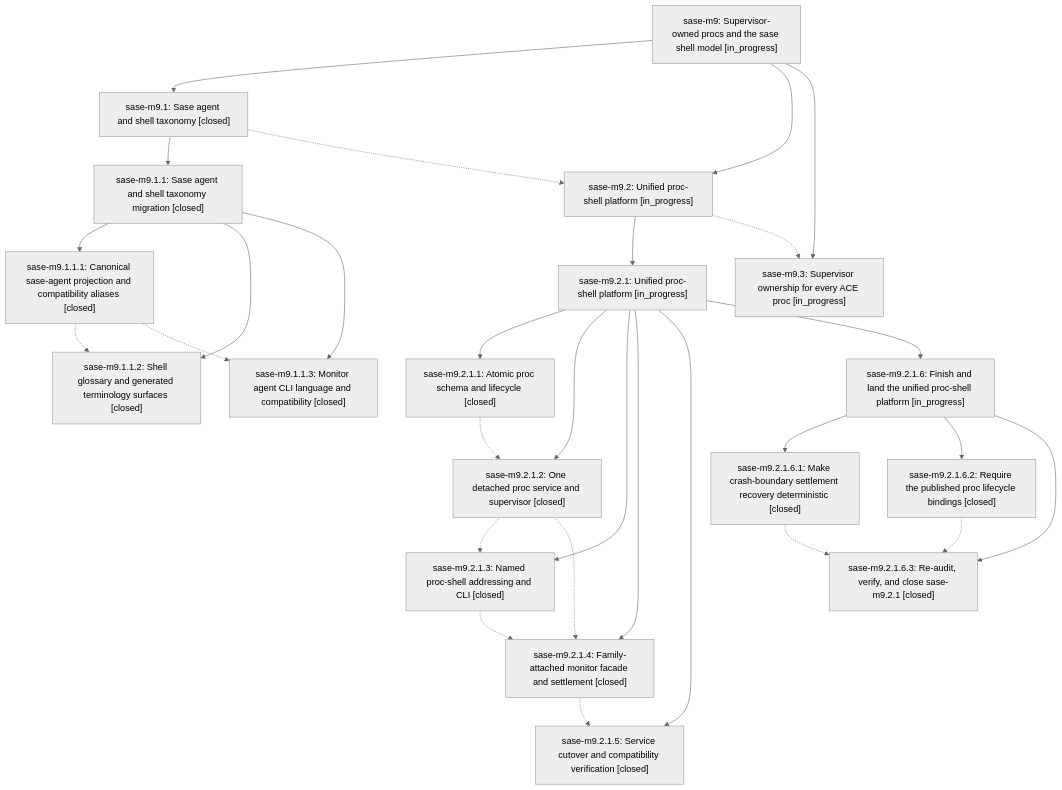
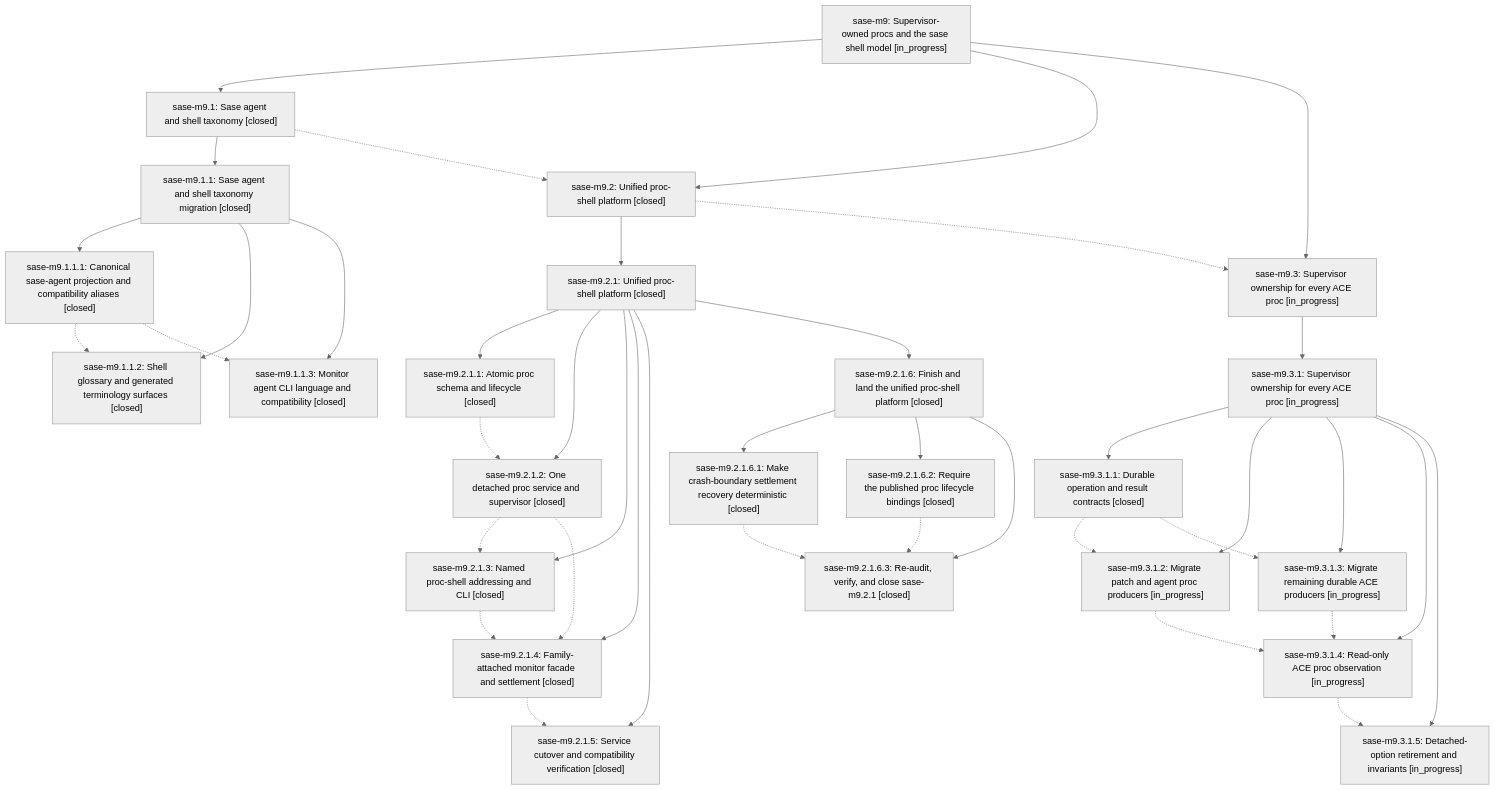
One commit to sase-org/sase--beads changed the diagram in pages/sase-m9/README.md. Above: the diagram before and after it, drawn with Mermaid (neutral theme). The commit also changed other lines of this file and 11 other files, not shown here.

````diff
--- a/pages/sase-m9/README.md
+++ b/pages/sase-m9/README.md
@@ -24,49 +24,66 @@
 ```mermaid
 flowchart TD
     n0["sase-m9: Supervisor-owned procs and the sase shell model [in_progress]"]
     n1["sase-m9.1: Sase agent and shell taxonomy [closed]"]
     n2["sase-m9.1.1: Sase agent and shell taxonomy migration [closed]"]
     n3["sase-m9.1.1.1: Canonical sase-agent projection and compatibility aliases [closed]"]
     n4["sase-m9.1.1.2: Shell glossary and generated terminology surfaces [closed]"]
     n5["sase-m9.1.1.3: Monitor agent CLI language and compatibility [closed]"]
-    n6["sase-m9.2: Unified proc-shell platform [in_progress]"]
-    n7["sase-m9.2.1: Unified proc-shell platform [in_progress]"]
+    n6["sase-m9.2: Unified proc-shell platform [closed]"]
+    n7["sase-m9.2.1: Unified proc-shell platform [closed]"]
     n8["sase-m9.2.1.1: Atomic proc schema and lifecycle [closed]"]
     n9["sase-m9.2.1.2: One detached proc service and supervisor [closed]"]
     n10["sase-m9.2.1.3: Named proc-shell addressing and CLI [closed]"]
     n11["sase-m9.2.1.4: Family-attached monitor facade and settlement [closed]"]
     n12["sase-m9.2.1.5: Service cutover and compatibility verification [closed]"]
-    n13["sase-m9.2.1.6: Finish and land the unified proc-shell platform [in_progress]"]
+    n13["sase-m9.2.1.6: Finish and land the unified proc-shell platform [closed]"]
     n14["sase-m9.2.1.6.1: Make crash-boundary settlement recovery deterministic [closed]"]
     n15["sase-m9.2.1.6.2: Require the published proc lifecycle bindings [closed]"]
     n16["sase-m9.2.1.6.3: Re-audit, verify, and close sase-m9.2.1 [closed]"]
     n17["sase-m9.3: Supervisor ownership for every ACE proc [in_progress]"]
+    n18["sase-m9.3.1: Supervisor ownership for every ACE proc [in_progress]"]
+    n19["sase-m9.3.1.1: Durable operation and result contracts [closed]"]
+    n20["sase-m9.3.1.2: Migrate patch and agent proc producers [in_progress]"]
+    n21["sase-m9.3.1.3: Migrate remaining durable ACE producers [in_progress]"]
+    n22["sase-m9.3.1.4: Read-only ACE proc observation [in_progress]"]
+    n23["sase-m9.3.1.5: Detached-option retirement and invariants [in_progress]"]
     n0 --> n1
     n1 --> n2
     n2 --> n3
     n2 --> n4
     n2 --> n5
     n0 --> n6
     n6 --> n7
     n7 --> n8
     n7 --> n9
     n7 --> n10
     n7 --> n11
     n7 --> n12
     n7 --> n13
     n13 --> n14
     n13 --> n15
     n13 --> n16
     n0 --> n17
+    n17 --> n18
+    n18 --> n19
+    n18 --> n20
+    n18 --> n21
+    n18 --> n22
+    n18 --> n23
     n1 -.-> n6
     n3 -.-> n4
     n3 -.-> n5
     n6 -.-> n17
     n8 -.-> n9
     n9 -.-> n10
     n9 -.-> n11
     n10 -.-> n11
     n11 -.-> n12
     n14 -.-> n16
     n15 -.-> n16
+    n19 -.-> n20
+    n19 -.-> n21
+    n20 -.-> n22
+    n21 -.-> n22
+    n22 -.-> n23
 ```
````
